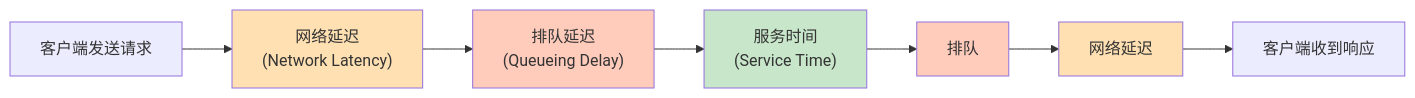
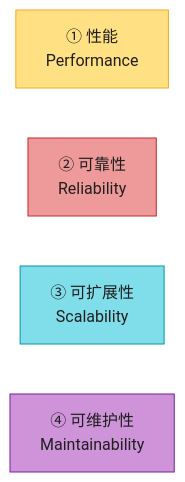
The first of 18 diagrams in ch02-定义非功能性需求.md (socoo123/ddia_2nd), drawn with Mermaid before and after one commit. The commit also changed other lines of this file and 8 other files, not shown here.

First line of the commit message:
重写 ch01-ch09 读书笔记：风格统一 + 内容扩充 + 大量图表

````diff
--- a/ch02-定义非功能性需求.md
+++ b/ch02-定义非功能性需求.md
@@ -184,15 +14,12 @@
 ```mermaid
-graph LR
-    A["客户端发送请求"] --> B["网络延迟<br/>(Network Latency)"]
-    B --> C["排队延迟<br/>(Queueing Delay)"]
-    C --> D["服务时间<br/>(Service Time)"]
-    D --> E["排队"]
-    E --> F["网络延迟"]
-    F --> G["客户端收到响应"]
+flowchart LR
+    Q1["① 性能<br/>Performance"]
+    Q2["② 可靠性<br/>Reliability"]
+    Q3["③ 可扩展性<br/>Scalability"]
+    Q4["④ 可维护性<br/>Maintainability"]
 
-    style B fill:#FFE0B2
-    style C fill:#FFCCBC
-    style D fill:#C8E6C9
-    style E fill:#FFCCBC
-    style F fill:#FFE0B2
+    style Q1 fill:#FFE082,stroke:#F9A825,color:#1f1f1f
+    style Q2 fill:#EF9A9A,stroke:#C62828,color:#1f1f1f
+    style Q3 fill:#80DEEA,stroke:#0097A7,color:#1f1f1f
+    style Q4 fill:#CE93D8,stroke:#7B1FA2,color:#1f1f1f
 ```
````
